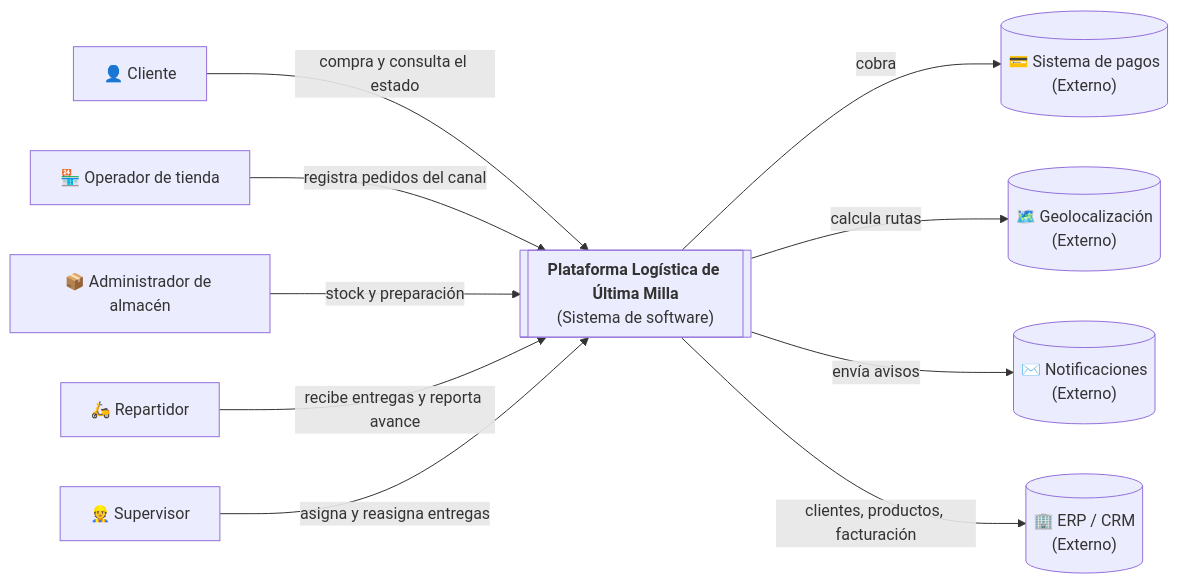
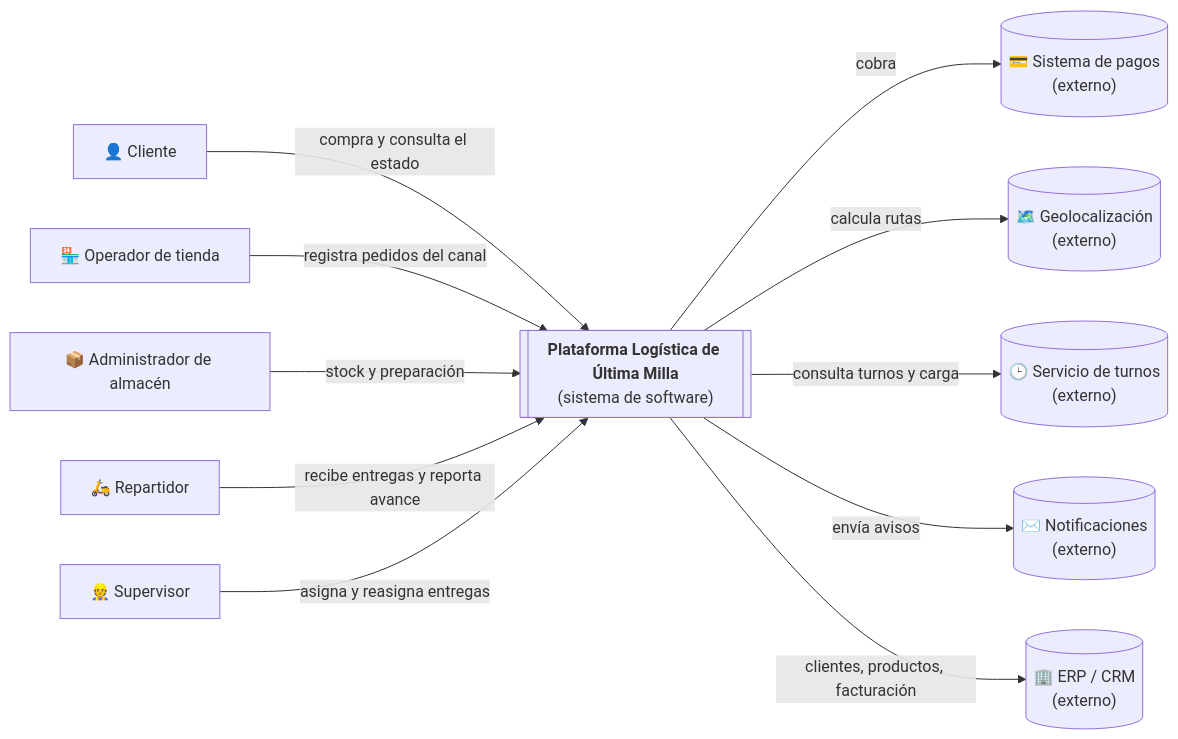
One commit to Alejatorres23/plataforma-logistica-arquitectura changed the first of 3 diagrams in ARCHITECTURE.md. Above: the diagram before and after it, drawn with Mermaid. The commit also changed other lines of this file and 3 other files, not shown here.

Commit message:
docs: expediente actualizado con la actividad 4 (README, ARCHITECTURE y cifras de pruebas)

````diff
--- a/ARCHITECTURE.md
+++ b/ARCHITECTURE.md
@@ -24,13 +30,14 @@
 ```mermaid
 flowchart LR
     C["👤 Cliente"] -->|"compra y consulta el estado"| P
     OT["🏪 Operador de tienda"] -->|"registra pedidos del canal"| P
     AA["📦 Administrador de almacén"] -->|"stock y preparación"| P
     R["🛵 Repartidor"] -->|"recibe entregas y reporta avance"| P
     SV["👷 Supervisor"] -->|"asigna y reasigna entregas"| P
-    P[["<b>Plataforma Logística de Última Milla</b><br/>(Sistema de software)"]]
-    P -->|"cobra"| PAG[("💳 Sistema de pagos<br/>(Externo)")]
-    P -->|"calcula rutas"| GEO[("🗺️ Geolocalización<br/>(Externo)")]
-    P -->|"envía avisos"| NOT[("✉️ Notificaciones<br/>(Externo)")]
-    P -->|"clientes, productos, facturación"| ERP[("🏢 ERP / CRM<br/>(Externo)")]
+    P[["<b>Plataforma Logística de Última Milla</b><br/>(sistema de software)"]]
+    P -->|"cobra"| PAG[("💳 Sistema de pagos<br/>(externo)")]
+    P -->|"calcula rutas"| GEO[("🗺️ Geolocalización<br/>(externo)")]
+    P -->|"consulta turnos y carga"| TUR[("🕒 Servicio de turnos<br/>(externo)")]
+    P -->|"envía avisos"| NOT[("✉️ Notificaciones<br/>(externo)")]
+    P -->|"clientes, productos, facturación"| ERP[("🏢 ERP / CRM<br/>(externo)")]
 ```
````
